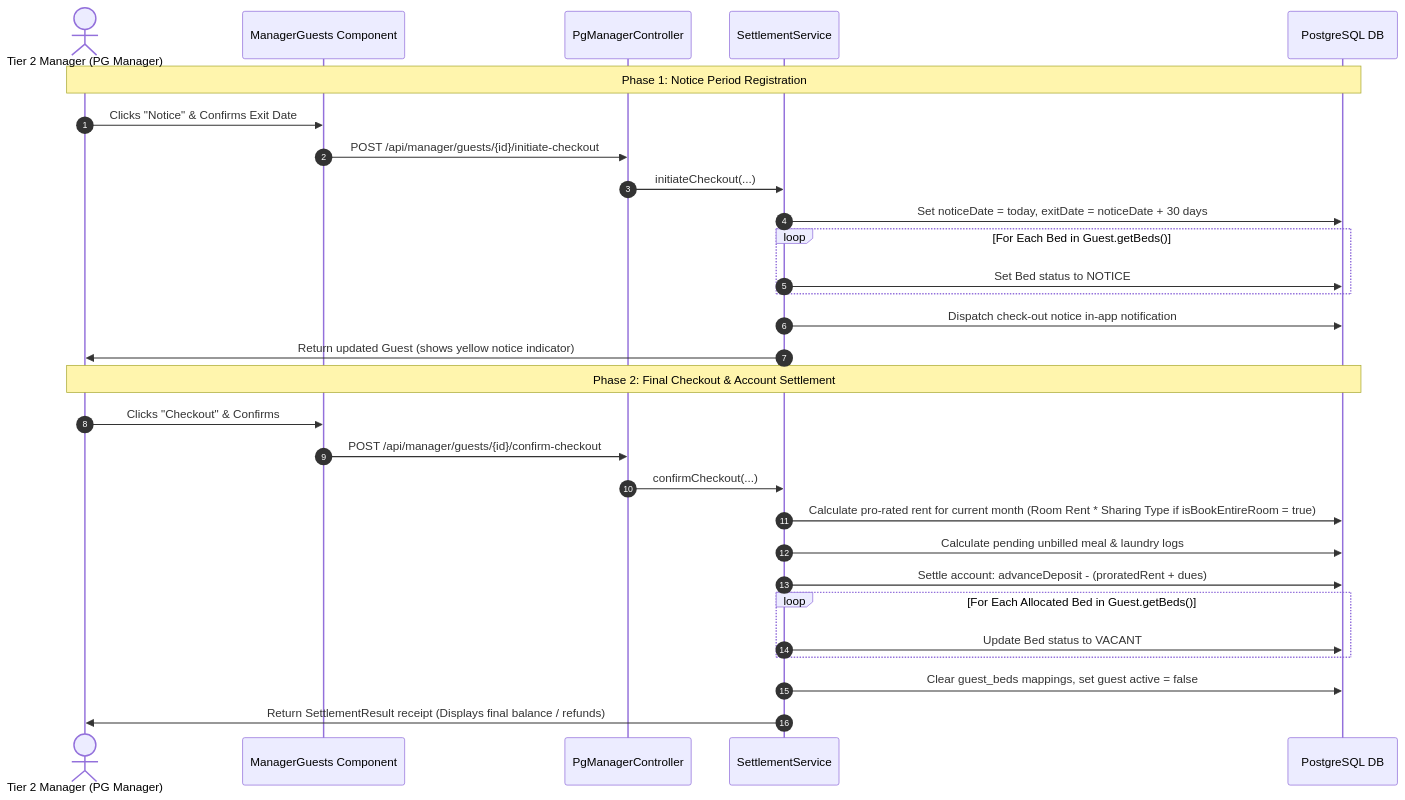
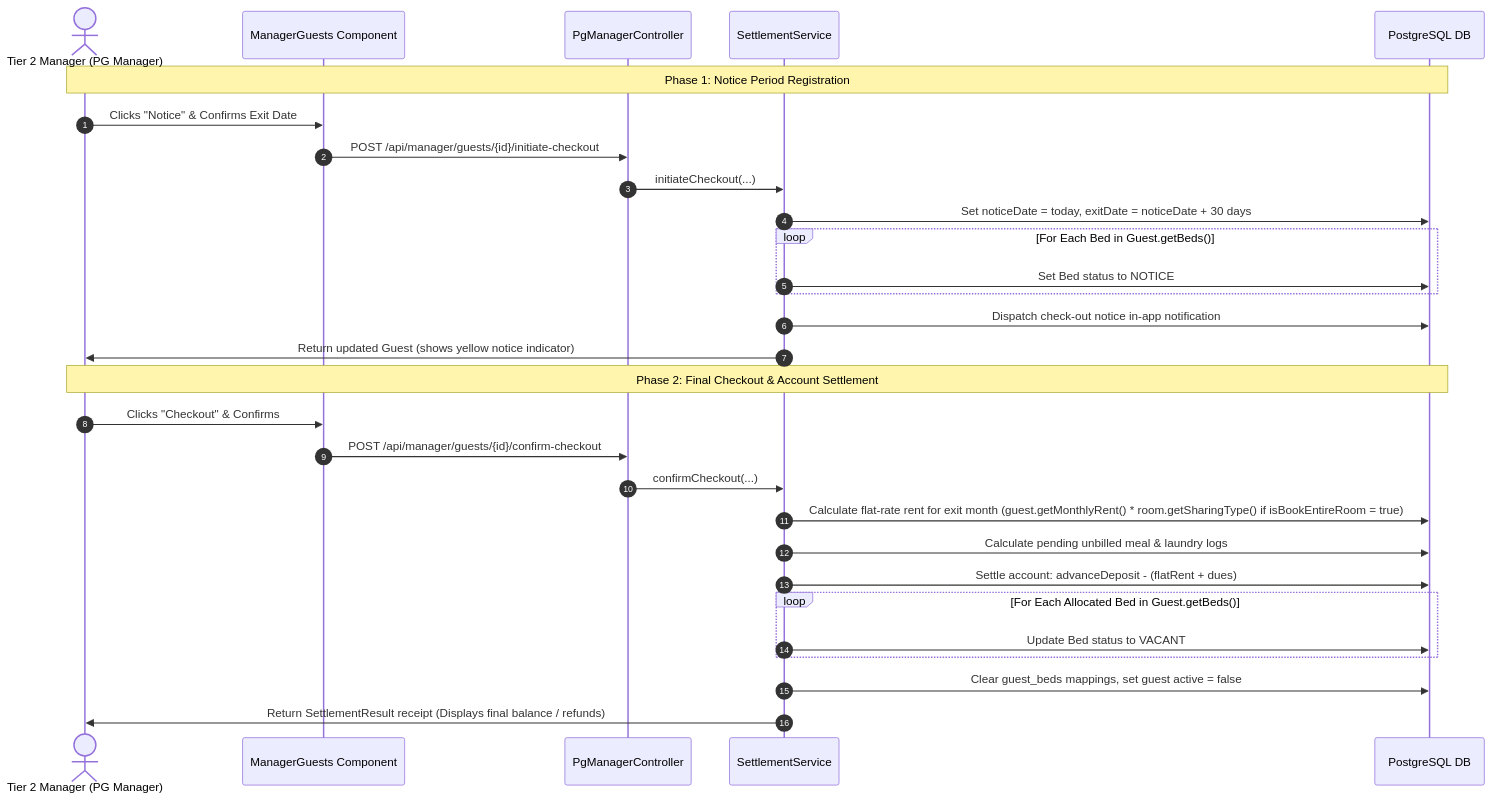
One commit to rahul-0906/PG-Project changed the fourth of 22 diagrams in docs/architecture/WORKFLOWS.md. Above: the diagram before and after it, drawn with Mermaid. The commit also changed other lines of this file and 24 other files, not shown here.

Commit message:
feat: Implement 1-Click Excel Bulk Import and Flat-Rate Fixed Rent Model

````diff
--- a/docs/architecture/WORKFLOWS.md
+++ b/docs/architecture/WORKFLOWS.md
@@ -92,33 +133,33 @@
 ```mermaid
 sequenceDiagram
     autonumber
     actor Admin as Tier 2 Manager (PG Manager)
     participant App as ManagerGuests Component
     participant Controller as PgManagerController
     participant Service as SettlementService
     participant DB as PostgreSQL DB
 
     Note over Admin, DB: Phase 1: Notice Period Registration
     Admin->>App: Clicks "Notice" & Confirms Exit Date
     App->>Controller: POST /api/manager/guests/{id}/initiate-checkout
     Controller->>Service: initiateCheckout(...)
     Service->>DB: Set noticeDate = today, exitDate = noticeDate + 30 days
     loop For Each Bed in Guest.getBeds()
         Service->>DB: Set Bed status to NOTICE
     end
     Service->>DB: Dispatch check-out notice in-app notification
     Service->>Admin: Return updated Guest (shows yellow notice indicator)
 
     Note over Admin, DB: Phase 2: Final Checkout & Account Settlement
     Admin->>App: Clicks "Checkout" & Confirms
     App->>Controller: POST /api/manager/guests/{id}/confirm-checkout
     Controller->>Service: confirmCheckout(...)
-    Service->>DB: Calculate pro-rated rent for current month (Room Rent * Sharing Type if isBookEntireRoom = true)
+    Service->>DB: Calculate flat-rate rent for exit month (guest.getMonthlyRent() * room.getSharingType() if isBookEntireRoom = true)
     Service->>DB: Calculate pending unbilled meal & laundry logs
-    Service->>DB: Settle account: advanceDeposit - (proratedRent + dues)
+    Service->>DB: Settle account: advanceDeposit - (flatRent + dues)
     loop For Each Allocated Bed in Guest.getBeds()
         Service->>DB: Update Bed status to VACANT
     end
     Service->>DB: Clear guest_beds mappings, set guest active = false
     Service->>Admin: Return SettlementResult receipt (Displays final balance / refunds)
 ```
````
